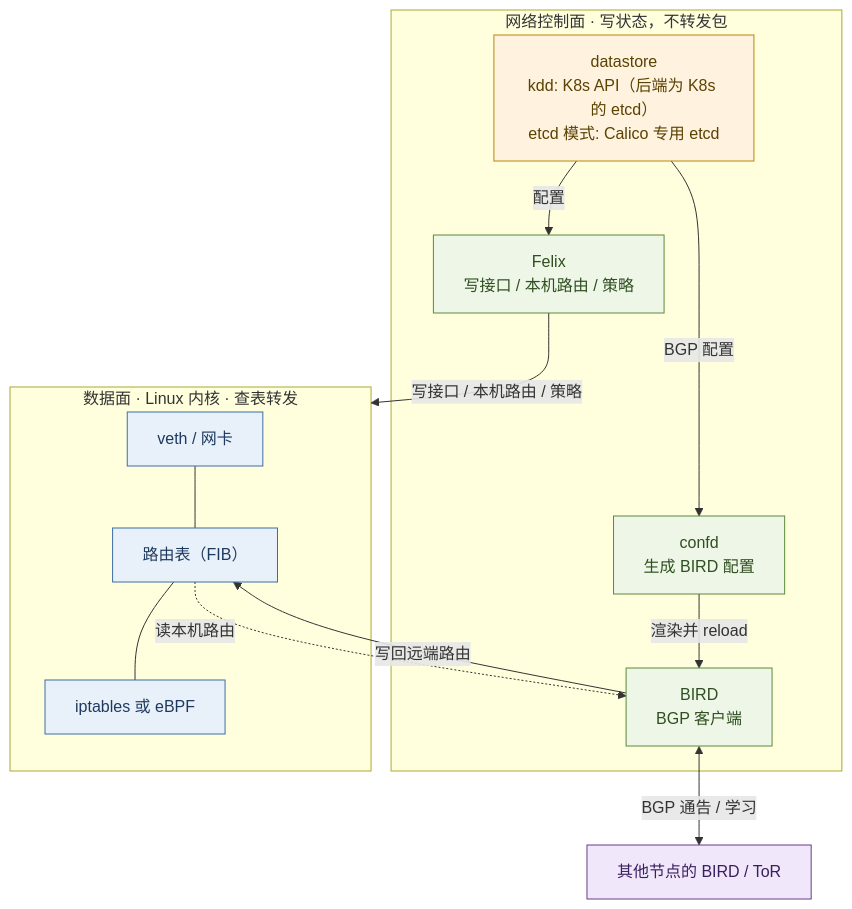
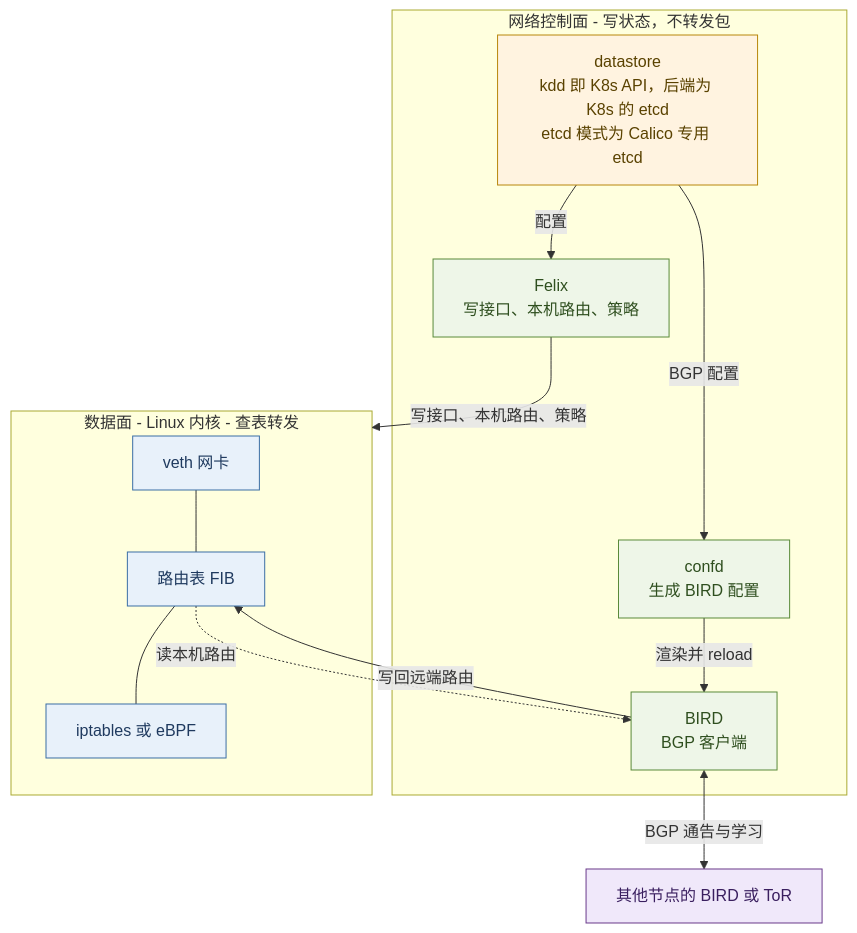
The second of 8 diagrams in 20-architecture/24-calico-networking-treatise.md (xiaxinyu/knowledge_base), drawn with Mermaid before and after one commit. The commit also changed other lines of this file and 2 other files, not shown here.

Commit message:
Update "Kubernetes Control-Plane Doctrine" and "Calico Networking Treatise" to enhance clarity on networking principles and the roles of control and data planes. Adjust README to reflect these changes, ensuring consistency in terminology and improving the overall structure for better readability.

````diff
--- a/20-architecture/24-calico-networking-treatise.md
+++ b/20-architecture/24-calico-networking-treatise.md
@@ -98,32 +102,32 @@
 ```mermaid
 flowchart TB
   classDef store fill:#fff3e0,stroke:#b8860b,color:#5a4200
   classDef proc fill:#eef6e8,stroke:#5a8a3a,color:#2f4f1f
-  classDef kern fill:#e8f1fa,stroke:#3b6ea5,color:#1f3a5f
+  classDef dplane fill:#e8f1fa,stroke:#3b6ea5,color:#1f3a5f
   classDef peer fill:#f0e8fa,stroke:#6a3a8a,color:#3a1f5f
 
-  subgraph 控制面["网络控制面 · 写状态，不转发包"]
-    Store["datastore<br/>kdd: K8s API（后端为 K8s 的 etcd）<br/>etcd 模式: Calico 专用 etcd"]:::store
-    Felix["Felix<br/>写接口 / 本机路由 / 策略"]:::proc
-    Confd["confd<br/>生成 BIRD 配置"]:::proc
-    BIRD["BIRD<br/>BGP 客户端"]:::proc
+  subgraph CTRL["网络控制面 - 写状态，不转发包"]
+    Store["datastore<br>kdd 即 K8s API，后端为 K8s 的 etcd<br>etcd 模式为 Calico 专用 etcd"]:::store
+    Felix["Felix<br>写接口、本机路由、策略"]:::proc
+    Confd["confd<br>生成 BIRD 配置"]:::proc
+    BIRD["BIRD<br>BGP 客户端"]:::proc
   end
 
-  subgraph 内核["数据面 · Linux 内核 · 查表转发"]
-    Veth["veth / 网卡"]:::kern
-    FIB["路由表（FIB）"]:::kern
-    ACL["iptables 或 eBPF"]:::kern
+  subgraph DPLANE["数据面 - Linux 内核 - 查表转发"]
+    Veth["veth 网卡"]:::dplane
+    FIB["路由表 FIB"]:::dplane
+    ACL["iptables 或 eBPF"]:::dplane
   end
 
-  Peer["其他节点的 BIRD / ToR"]:::peer
+  Peer["其他节点的 BIRD 或 ToR"]:::peer
 
   Store -->|"配置"| Felix
   Store -->|"BGP 配置"| Confd
   Confd -->|"渲染并 reload"| BIRD
-  Felix -->|"写接口 / 本机路由 / 策略"| 内核
+  Felix -->|"写接口、本机路由、策略"| DPLANE
   FIB -.->|"读本机路由"| BIRD
-  BIRD <-->|"BGP 通告 / 学习"| Peer
+  BIRD <-->|"BGP 通告与学习"| Peer
   BIRD -->|"写回远端路由"| FIB
   Veth --- FIB
   FIB --- ACL
 ```
````
